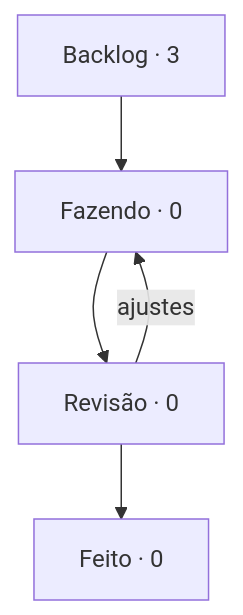
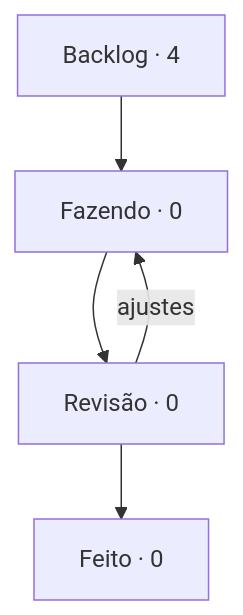
One commit to StudioVibi/VibiKanban changed the diagram in boards/dungeon-bend/BOARD.md. Above: the diagram before and after it, drawn with Mermaid. The commit also changed other lines of this file and 2 other files, not shown here.

````diff
--- a/boards/dungeon-bend/BOARD.md
+++ b/boards/dungeon-bend/BOARD.md
@@ -5,10 +5,10 @@
 ```mermaid
 flowchart TD
-  backlog["Backlog · 3"] --> doing["Fazendo · 0"]
+  backlog["Backlog · 4"] --> doing["Fazendo · 0"]
   doing --> review["Revisão · 0"]
   review --> done["Feito · 0"]
   review -->|ajustes| doing
   doing:::blue
   review:::yellow
   done:::green
 ```
````
